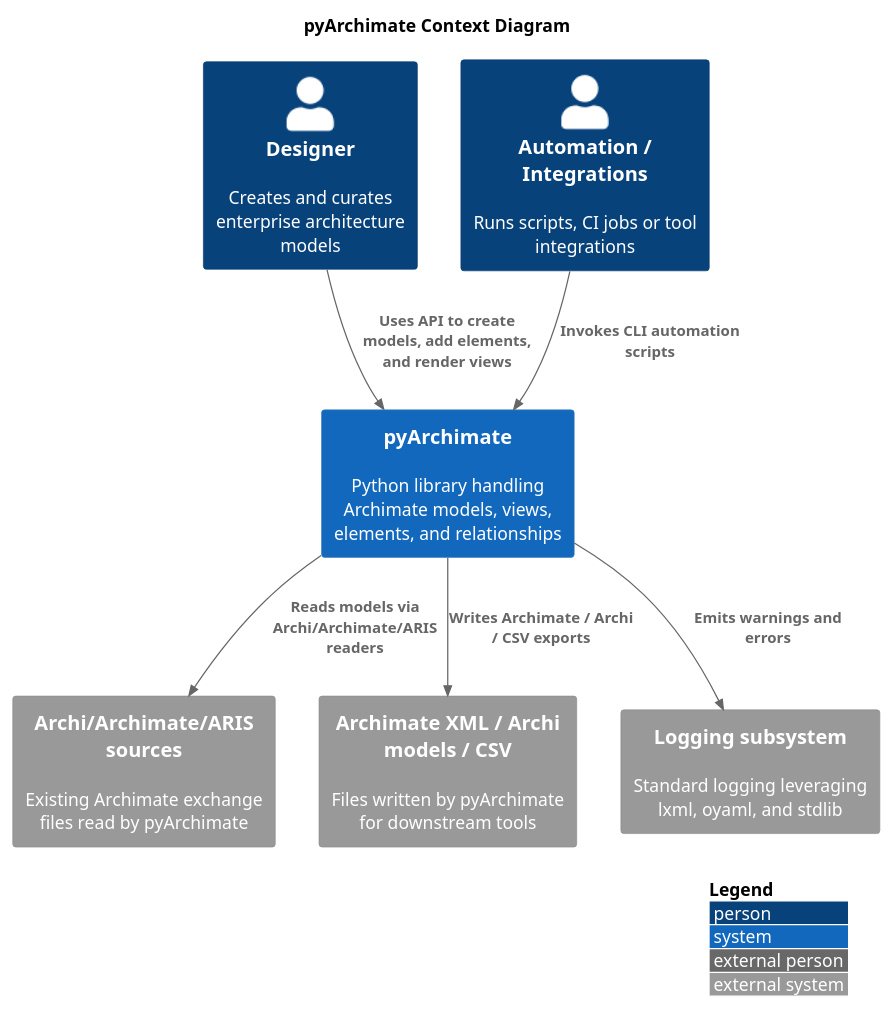
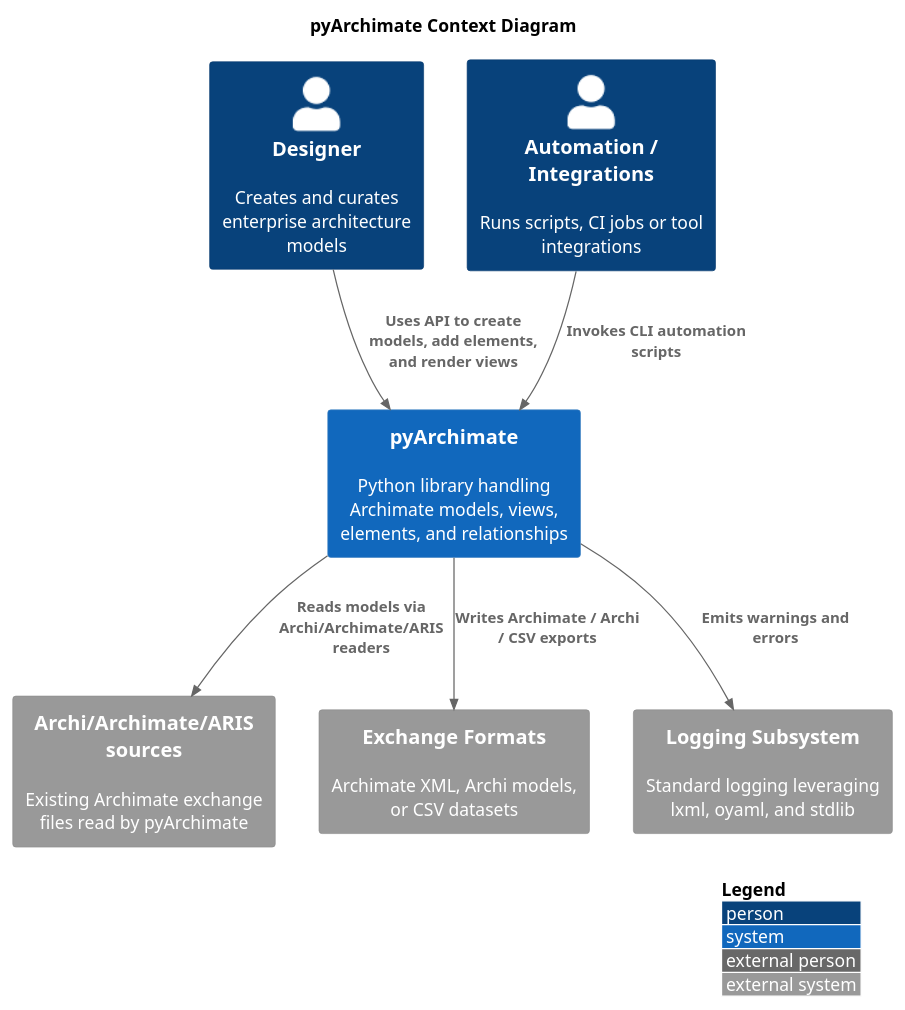
The diagram in docs/diagrams/c4_context.puml (pyArchimate/pyArchimate), drawn with PlantUML before and after one commit. The commit also changed 38 other files, not shown here.

First line of the commit message:
chore: add behave stubs, fix pre-push script, and update docs/diagrams

```diff
--- a/docs/diagrams/c4_context.puml
+++ b/docs/diagrams/c4_context.puml
@@ -1,21 +1,21 @@
 @startuml
 !includeurl <C4/C4_Context>
 title pyArchimate Context Diagram
 LAYOUT_WITH_LEGEND()
 
 Person(designer, "Designer", "Creates and curates enterprise architecture models")
 Person(automation, "Automation / Integrations", "Runs scripts, CI jobs or tool integrations")
 
 System(pyArchimate, "pyArchimate", "Python library handling Archimate models, views, elements, and relationships")
 
 System_Ext(archiFiles, "Archi/Archimate/ARIS sources", "Existing Archimate exchange files read by pyArchimate")
-System_Ext(exportTargets, "Archimate XML / Archi models / CSV", "Files written by pyArchimate for downstream tools")
-System_Ext(logging, "Logging subsystem", "Standard logging leveraging lxml, oyaml, and stdlib")
+System_Ext(exportTargets, "Exchange Formats", "Archimate XML, Archi models, or CSV datasets")
+System_Ext(logging, "Logging Subsystem", "Standard logging leveraging lxml, oyaml, and stdlib")
 
 Rel(designer, pyArchimate, "Uses API to create models, add elements, and render views")
 Rel(automation, pyArchimate, "Invokes CLI automation scripts")
 Rel(pyArchimate, archiFiles, "Reads models via Archi/Archimate/ARIS readers")
 Rel(pyArchimate, exportTargets, "Writes Archimate / Archi / CSV exports")
 Rel(pyArchimate, logging, "Emits warnings and errors")
 
 @enduml
```
